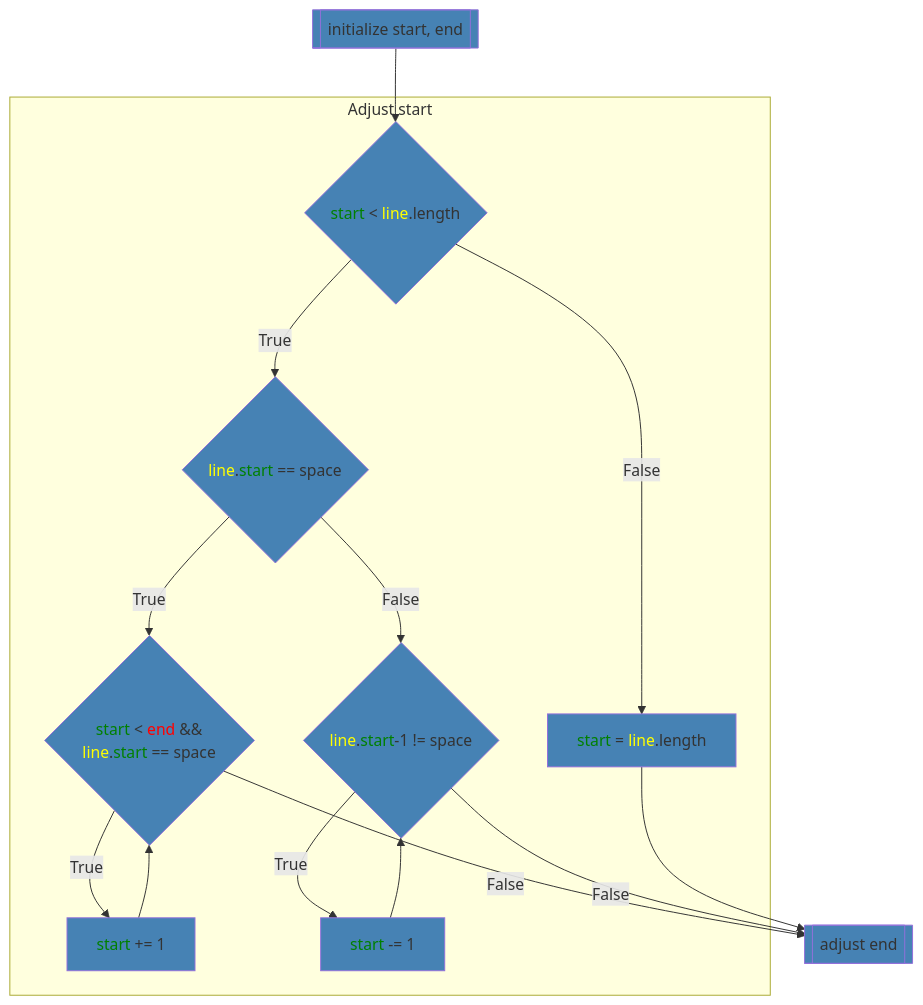
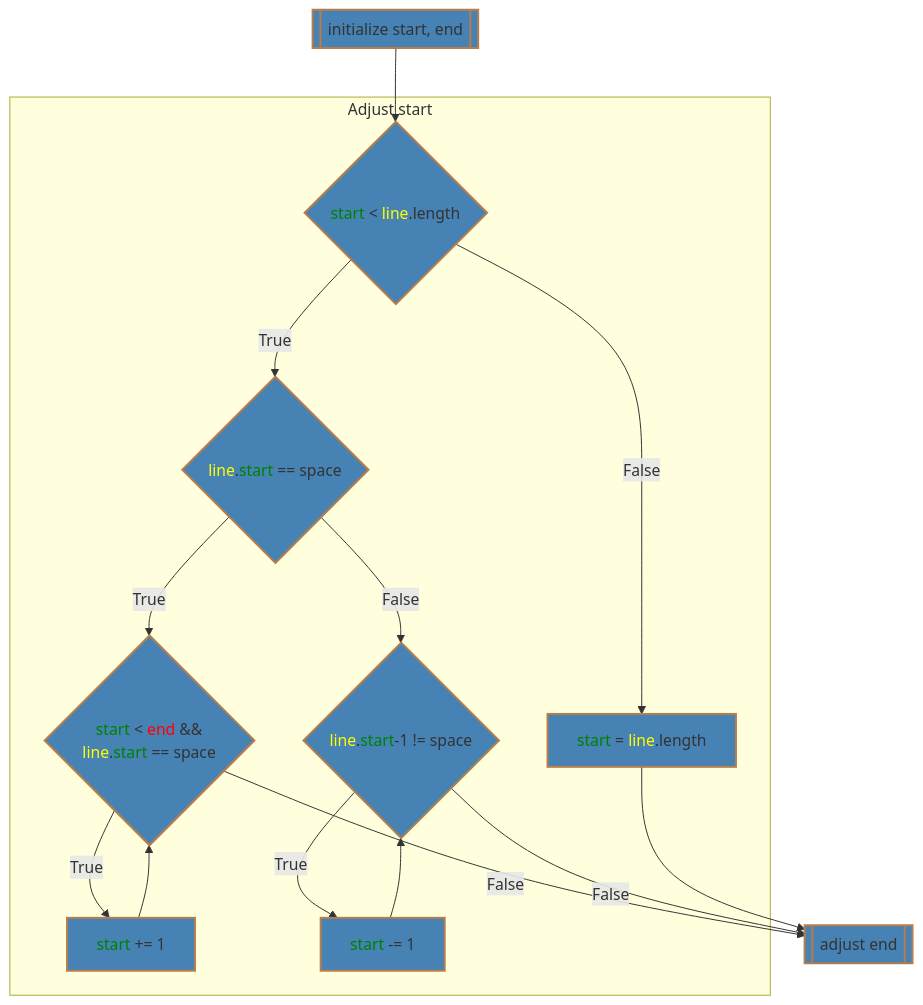
One commit to 7s4e/p3 changed the ninth of 20 diagrams in scripts/table/design.md. Above: the diagram before and after it, drawn with Mermaid. The commit also changed other lines of this file, not shown here.

````diff
--- a/scripts/table/design.md
+++ b/scripts/table/design.md
@@ -265,34 +265,34 @@
 ```mermaid
 flowchart
-    classDef fill fill:#4682b4
-    INT[[initialize start, end]]:::fill
+    classDef shape fill:#4682b4,stroke:#b97d4b,stroke-width:2px
+    INT[[initialize start, end]]:::shape
         INT --> SIL
     subgraph start [Adjust start]
         SIL{"<span style='color:green;'>start</span> < <span style=
-                 'color:yellow;'>line</span>.length"}:::fill
+                 'color:yellow;'>line</span>.length"}:::shape
             SIL -- True --> SIS
             SIL -- False --> SLL
         SIS{"<span style='color:yellow;'>line</span>.<span style=
-                 'color:green;'>start</span> == space"}:::fill
+                 'color:green;'>start</span> == space"}:::shape
             SIS -- True --> WIS
             SIS -- False --> WNS
         WIS{"<span style='color:green;'>start</span> < <span style=
                  'color:red;'>end</span> &&
              <span style='color:yellow;'>line</span>.<span style=
-                 'color:green;'>start</span> == space"}:::fill
+                 'color:green;'>start</span> == space"}:::shape
             WIS -- True --> MSR
             MSR         --> WIS
         WNS{"<span style='color:yellow;'>line</span>.<span style=
-                 'color:green;'>start</span>-1 != space"}:::fill
+                 'color:green;'>start</span>-1 != space"}:::shape
             WNS -- True --> MSL
             MSL         --> WNS
-        MSR["<span style='color:green;'>start</span> += 1"]:::fill
-        MSL["<span style='color:green;'>start</span> -= 1"]:::fill
+        MSR["<span style='color:green;'>start</span> += 1"]:::shape
+        MSL["<span style='color:green;'>start</span> -= 1"]:::shape
         SLL["<span style='color:green;'>start</span> = <span style=
-                 'color:yellow;'>line</span>.length"]:::fill
+                 'color:yellow;'>line</span>.length"]:::shape
     end
-    AJE[[adjust end]]:::fill
+    AJE[[adjust end]]:::shape
             WIS -- False --> AJE
             WNS -- False --> AJE
             SLL          --> AJE
 ```
````
